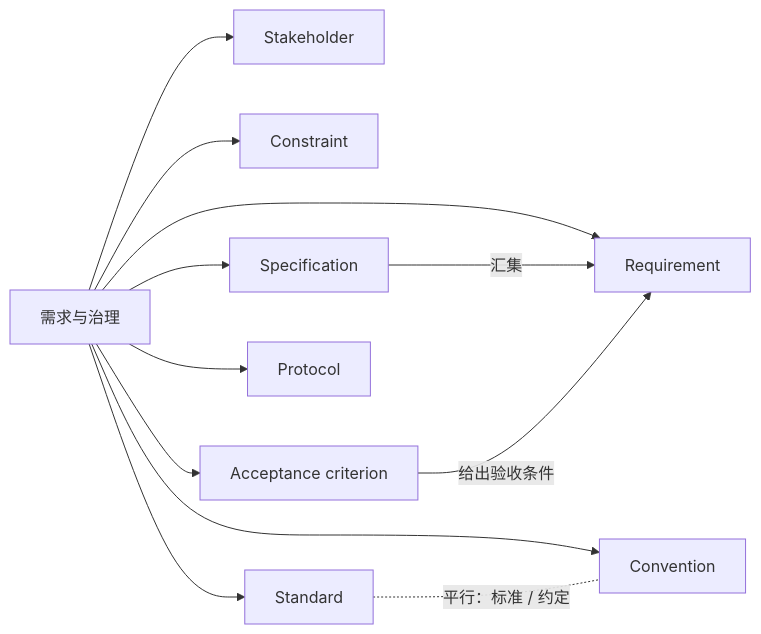
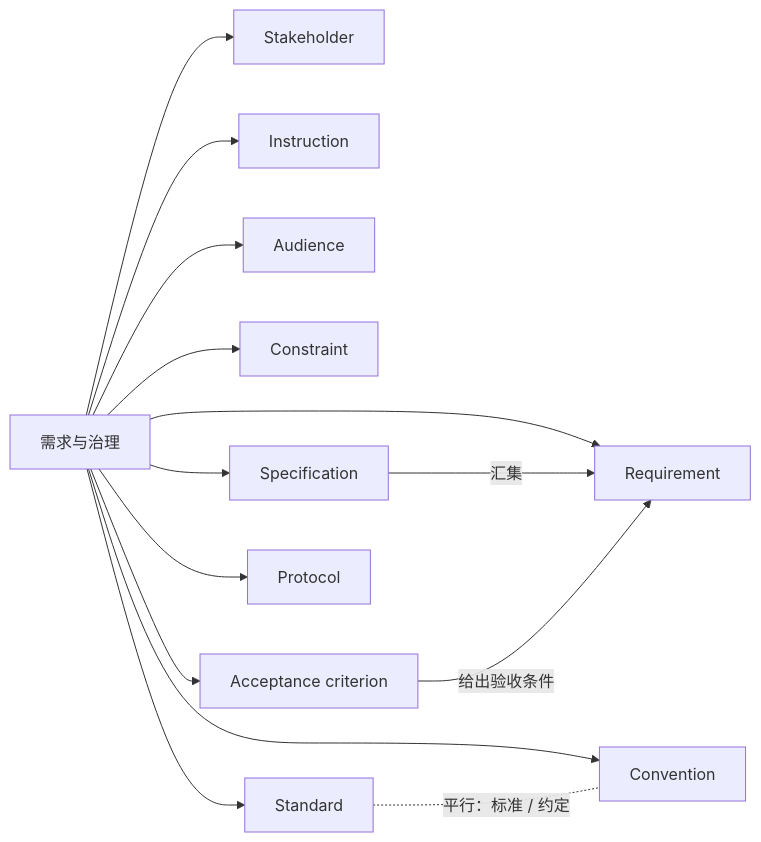
One commit to bojuewang/engineering-dictionary changed the second of 5 diagrams in dictionary/taxonomy.md. Above: the diagram before and after it, drawn with Mermaid. The commit also changed other lines of this file and 17 other files, not shown here.

````diff
--- a/dictionary/taxonomy.md
+++ b/dictionary/taxonomy.md
@@ -63,15 +67,17 @@
 ```mermaid
 flowchart LR
     category["需求与治理"]
     category --> stakeholder["Stakeholder"]
+    category --> instruction["Instruction"]
+    category --> audience["Audience"]
     category --> requirement["Requirement"]
     category --> constraint["Constraint"]
     category --> specification["Specification"]
     category --> standard["Standard"]
     category --> convention["Convention"]
     category --> protocol["Protocol"]
     category --> acceptance_criterion["Acceptance criterion"]
     specification -->|汇集| requirement
     acceptance_criterion -->|给出验收条件| requirement
     standard -. 平行：标准 / 约定 .- convention
 ```
````
